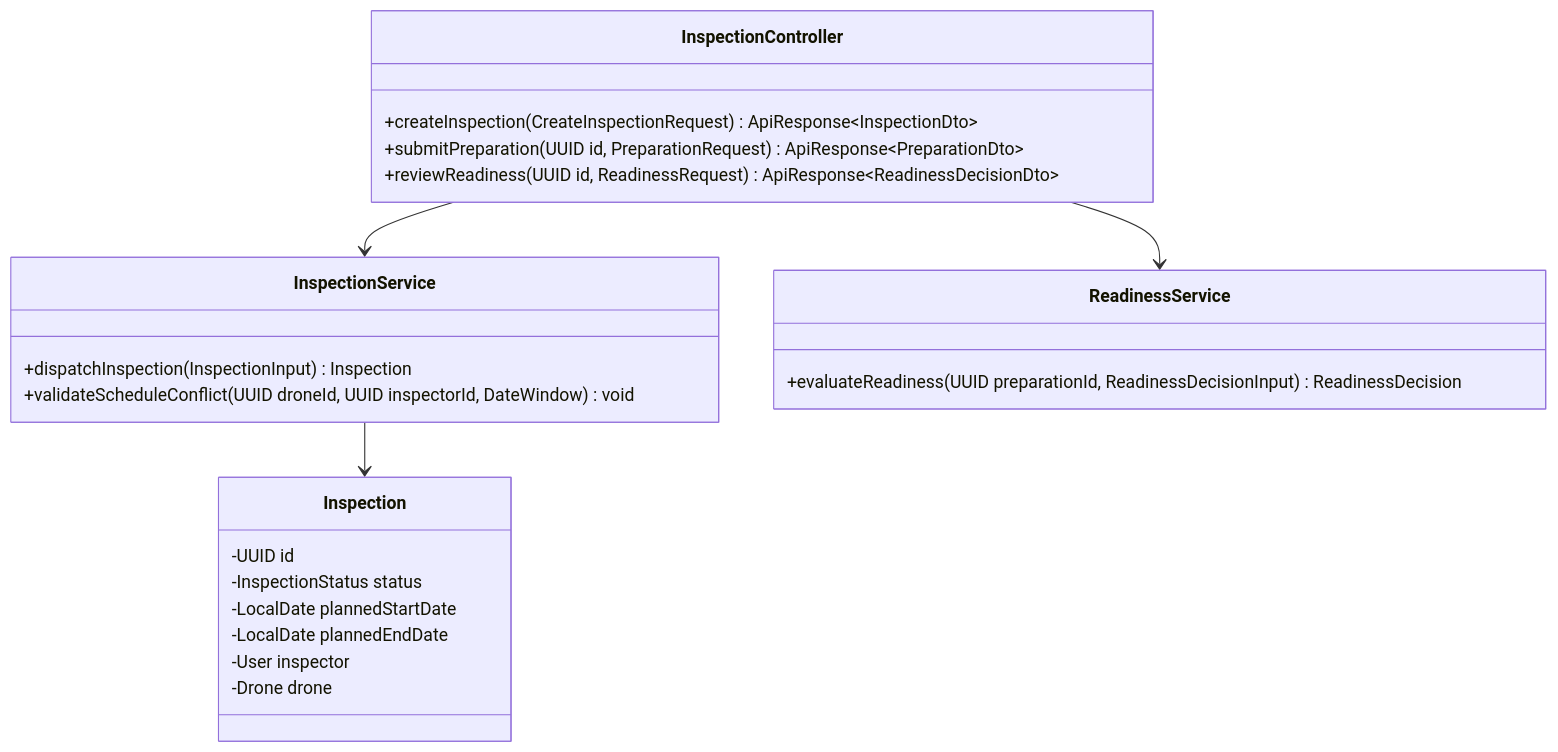
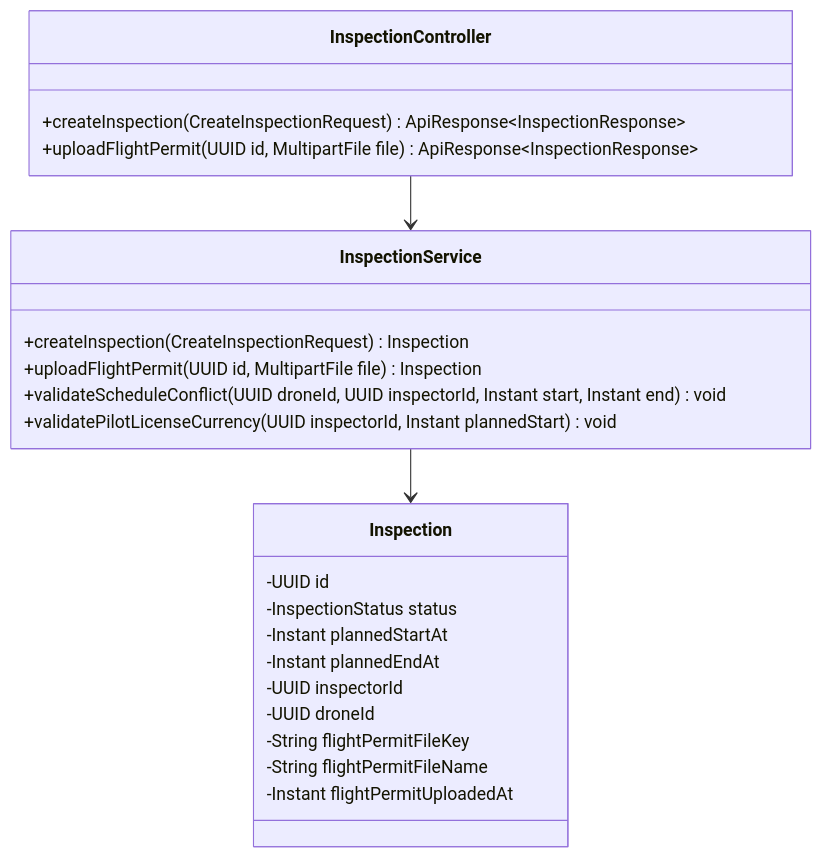
The seventh of 18 diagrams in reports/report-4-software-design-document/03-detailed-design.md (tungbach12/SmartDroneInspection-Docs), drawn with Mermaid before and after one commit. The commit also changed other lines of this file and 8 other files, not shown here.

Commit message:
docs(database,srs,sdd): update MF1-MF2 specifications to streamlined 30-table architecture

````diff
--- a/reports/report-4-software-design-document/03-detailed-design.md
+++ b/reports/report-4-software-design-document/03-detailed-design.md
@@ -249,27 +249,27 @@
 ```mermaid
-%% title: Mission Planning and Readiness Class Diagram
+%% title: Mission Planning and Self-Service Permit Class Diagram
 classDiagram
   class InspectionController {
-    +createInspection(CreateInspectionRequest) ApiResponse~InspectionDto~
-    +submitPreparation(UUID id, PreparationRequest) ApiResponse~PreparationDto~
-    +reviewReadiness(UUID id, ReadinessRequest) ApiResponse~ReadinessDecisionDto~
+    +createInspection(CreateInspectionRequest) ApiResponse~InspectionResponse~
+    +uploadFlightPermit(UUID id, MultipartFile file) ApiResponse~InspectionResponse~
   }
   class InspectionService {
-    +dispatchInspection(InspectionInput) Inspection
-    +validateScheduleConflict(UUID droneId, UUID inspectorId, DateWindow) void
-  }
-  class ReadinessService {
-    +evaluateReadiness(UUID preparationId, ReadinessDecisionInput) ReadinessDecision
+    +createInspection(CreateInspectionRequest) Inspection
+    +uploadFlightPermit(UUID id, MultipartFile file) Inspection
+    +validateScheduleConflict(UUID droneId, UUID inspectorId, Instant start, Instant end) void
+    +validatePilotLicenseCurrency(UUID inspectorId, Instant plannedStart) void
   }
   class Inspection {
     -UUID id
     -InspectionStatus status
-    -LocalDate plannedStartDate
-    -LocalDate plannedEndDate
-    -User inspector
-    -Drone drone
+    -Instant plannedStartAt
+    -Instant plannedEndAt
+    -UUID inspectorId
+    -UUID droneId
+    -String flightPermitFileKey
+    -String flightPermitFileName
+    -Instant flightPermitUploadedAt
   }
   InspectionController --> InspectionService
-  InspectionController --> ReadinessService
   InspectionService --> Inspection
 ```
````
